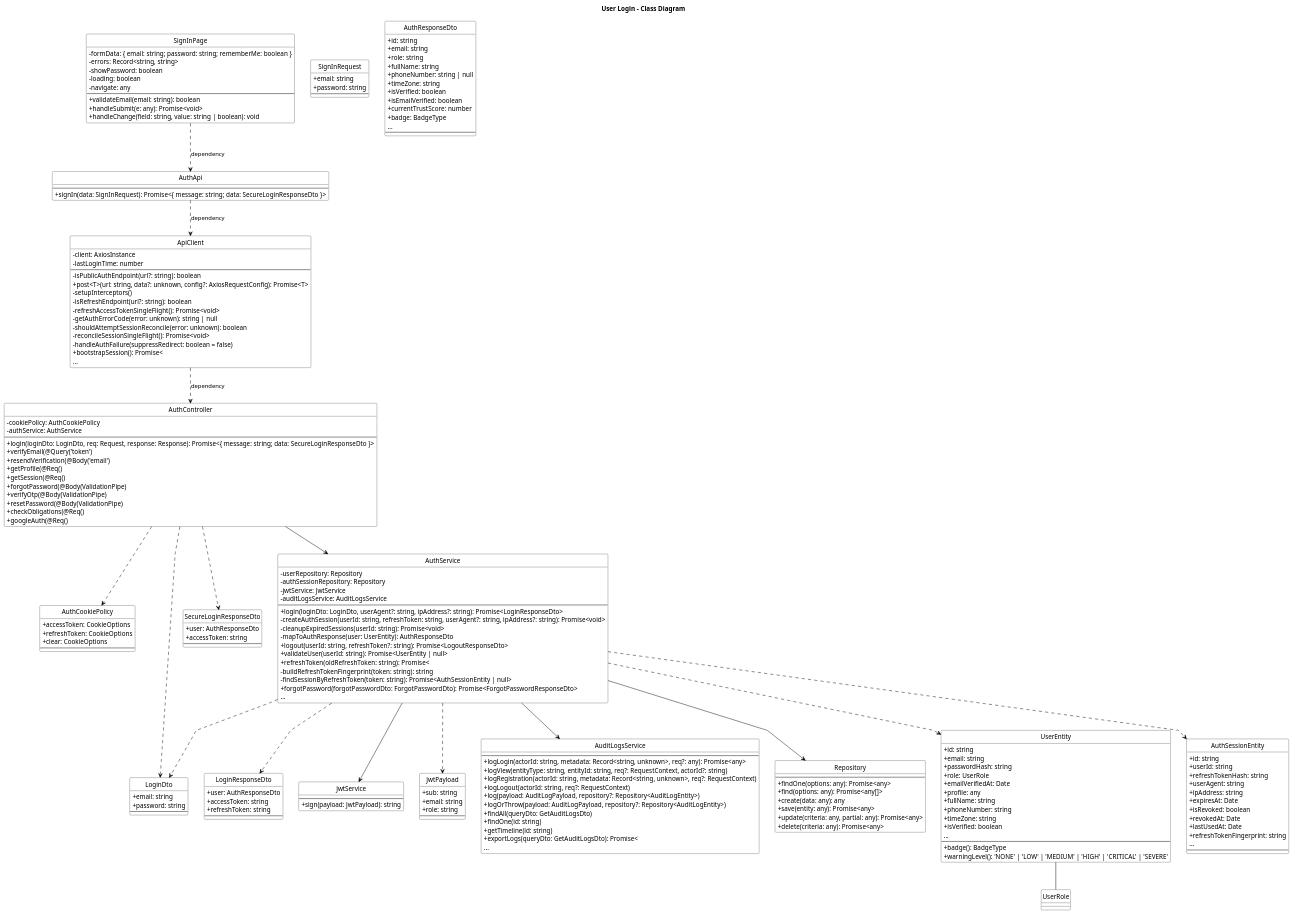
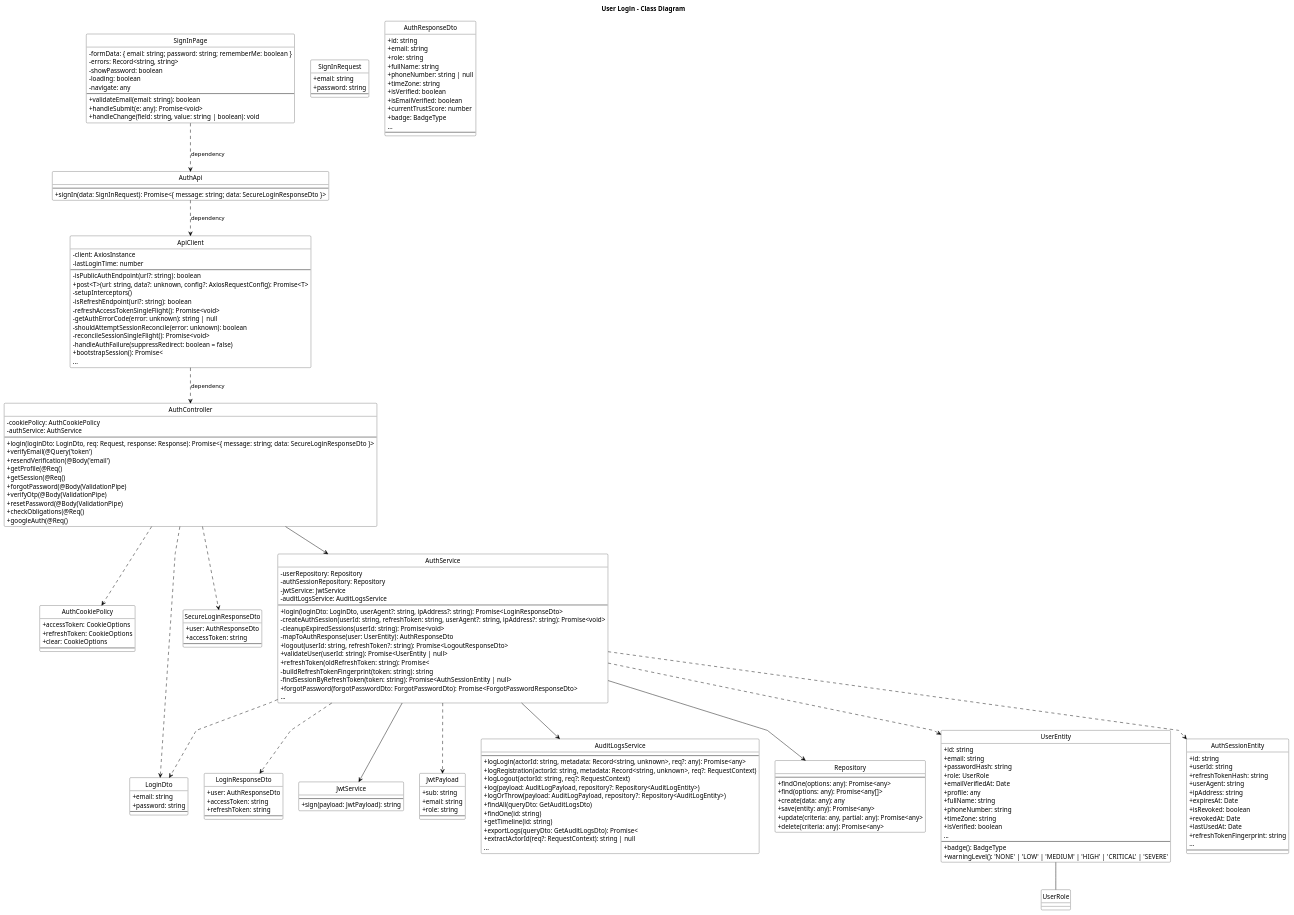
The diagram in diagram/class_diagrams/login_class_diagram_compact.puml (bangdcce/SEP492-Project), drawn with PlantUML before and after one commit. The commit also changed 189 other files, not shown here.

```diff
--- a/diagram/class_diagrams/login_class_diagram_compact.puml
+++ b/diagram/class_diagrams/login_class_diagram_compact.puml
@@ -152,7 +152,6 @@
 class AuditLogsService {
     --
     + logLogin(actorId: string, metadata: Record<string, unknown>, req?: any): Promise<any>
-    + logView(entityType: string, entityId: string, req?: RequestContext, actorId?: string)
     + logRegistration(actorId: string, metadata: Record<string, unknown>, req?: RequestContext)
     + logLogout(actorId: string, req?: RequestContext)
     + log(payload: AuditLogPayload, repository?: Repository<AuditLogEntity>)
@@ -161,6 +160,7 @@
     + findOne(id: string)
     + getTimeline(id: string)
     + exportLogs(queryDto: GetAuditLogsDto): Promise<
+    + extractActorId(req?: RequestContext): string | null
     ...
 }
 
```
